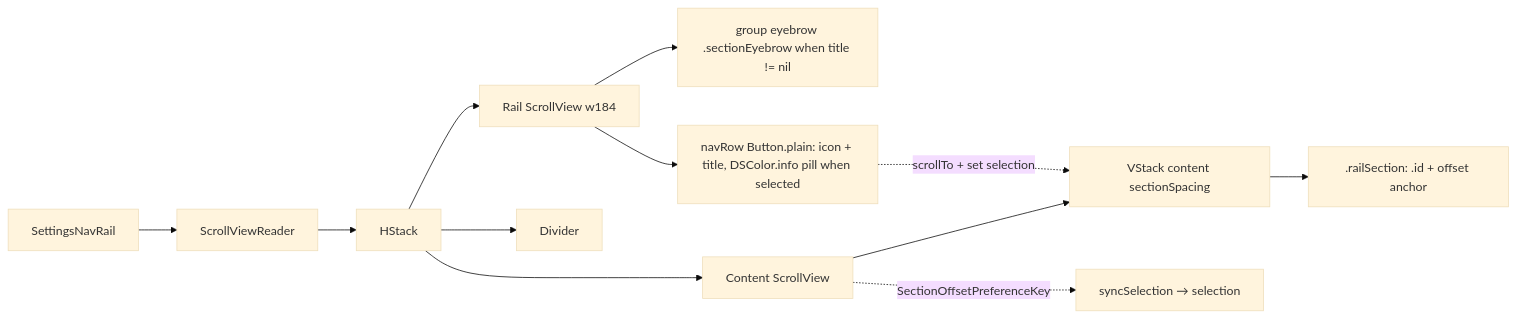
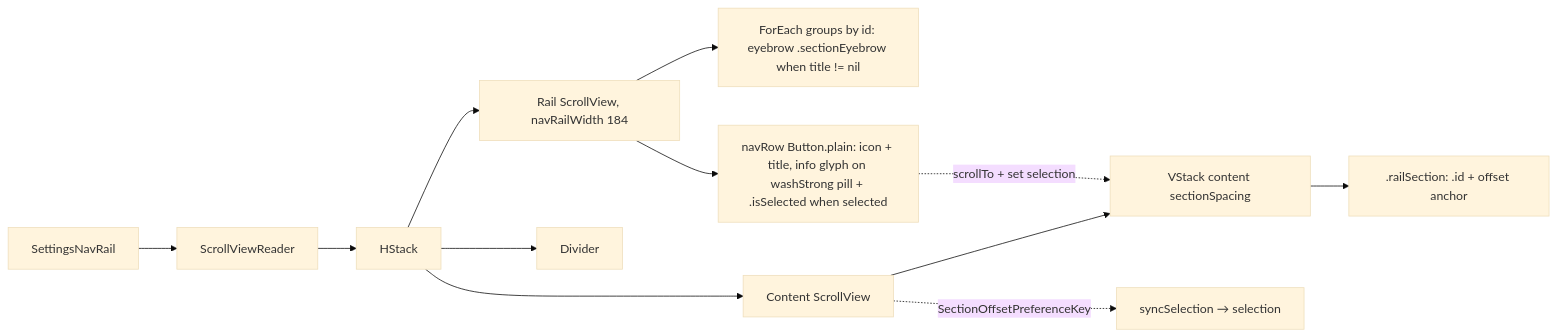
One commit to MrDemonWolf/wolfwave changed the diagram in design-system/components/settings-nav-rail.md. Above: the diagram before and after it, drawn with Mermaid (base theme). The commit also changed other lines of this file and 185 other files, not shown here.

````diff
--- a/design-system/components/settings-nav-rail.md
+++ b/design-system/components/settings-nav-rail.md
@@ -52,14 +57,14 @@
 ```mermaid
 graph LR
   Root[SettingsNavRail] --> Reader[ScrollViewReader]
   Reader --> H[HStack]
-  H --> Rail[Rail ScrollView w184]
+  H --> Rail[Rail ScrollView, navRailWidth 184]
   H --> Div[Divider]
   H --> Col[Content ScrollView]
-  Rail --> Group[group eyebrow .sectionEyebrow when title != nil]
-  Rail --> Row[navRow Button.plain: icon + title, DSColor.info pill when selected]
+  Rail --> Group[ForEach groups by id: eyebrow .sectionEyebrow when title != nil]
+  Rail --> Row[navRow Button.plain: icon + title, info glyph on washStrong pill + .isSelected when selected]
   Col --> LV[VStack content sectionSpacing]
   LV --> Sec[.railSection: .id + offset anchor]
   Col -. SectionOffsetPreferenceKey .-> Sync[syncSelection → selection]
   Row -. scrollTo + set selection .-> LV
 ```
````
